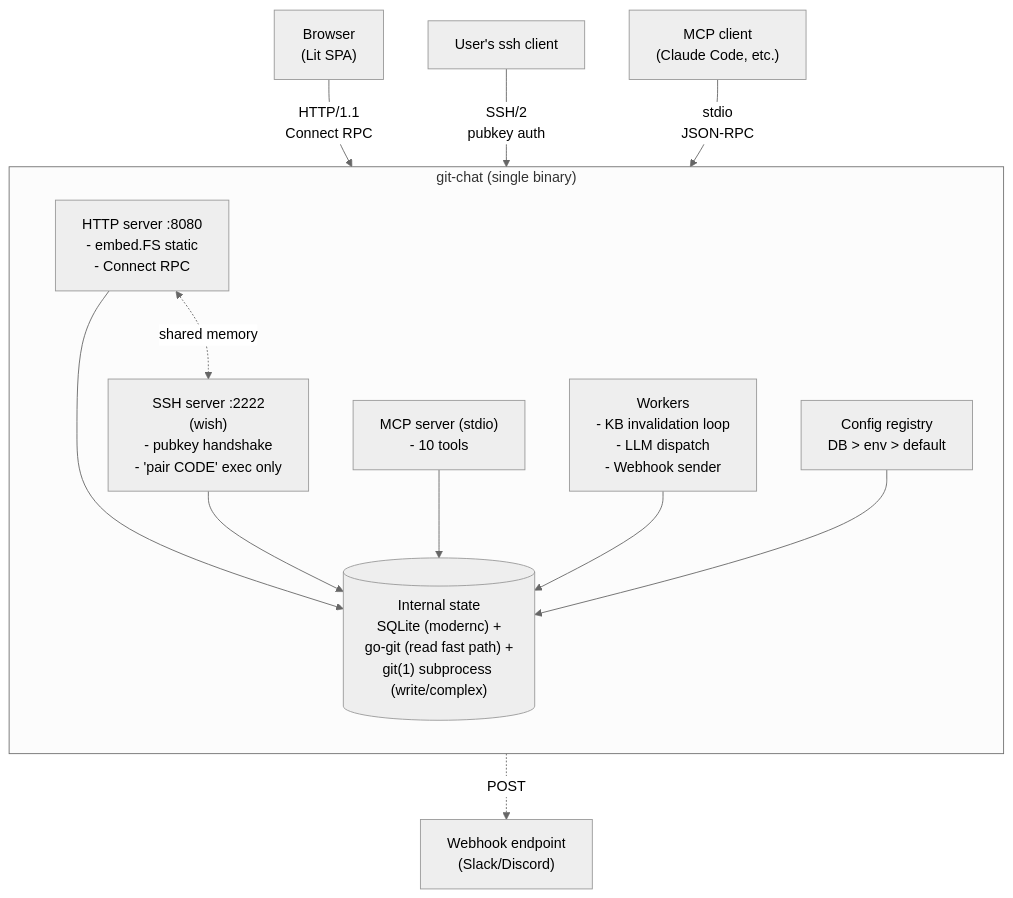
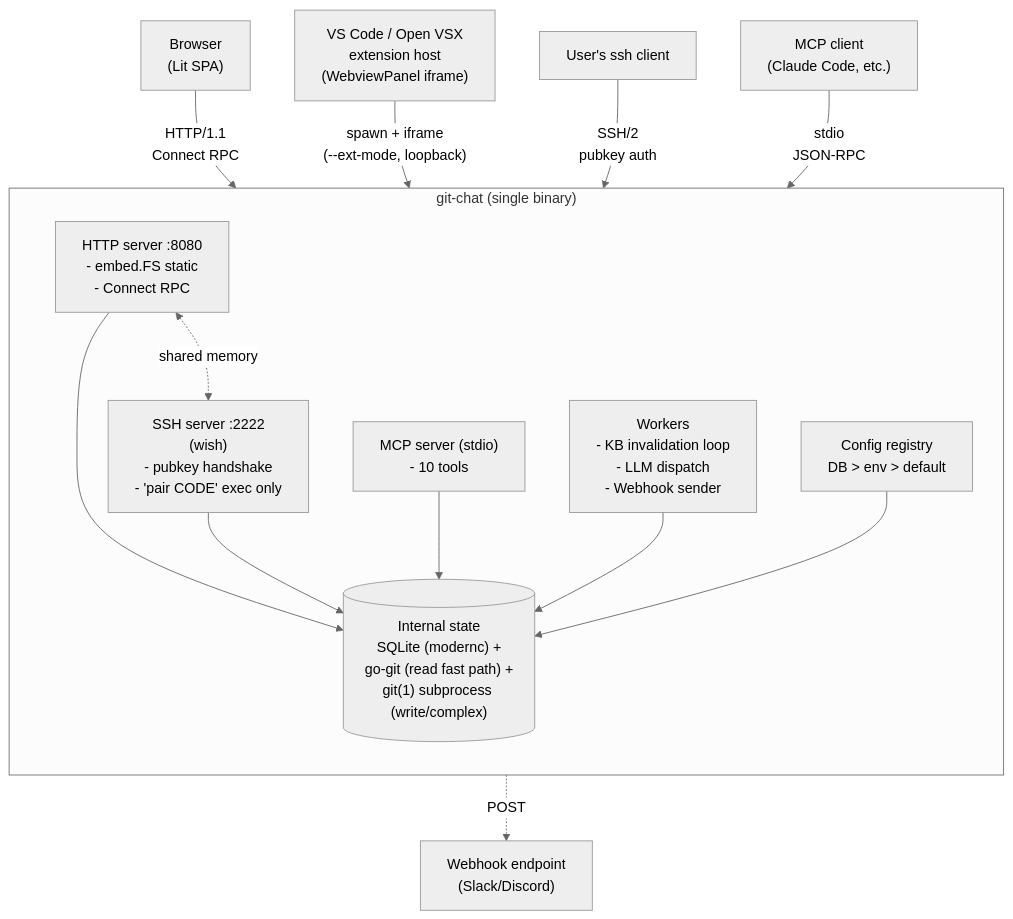
Before and after one commit to pders01/git-chat: the first of 2 diagrams in docs/ARCHITECTURE.md, drawn with Mermaid (neutral theme). The commit also changed other lines of this file and 15 other files, not shown here.

First line of the commit message:
feat(ext): scaffold VS Code / Open VSX extension

````diff
--- a/docs/ARCHITECTURE.md
+++ b/docs/ARCHITECTURE.md
@@ -77,30 +79,32 @@
 ```mermaid
 flowchart TB
     browser["Browser<br/>(Lit SPA)"]
+    vscode["VS Code / Open VSX<br/>extension host<br/>(WebviewPanel iframe)"]
     sshcli["User's ssh client"]
     mcpcli["MCP client<br/>(Claude Code, etc.)"]
     webhookdst["Webhook endpoint<br/>(Slack/Discord)"]
 
     subgraph binary["git-chat (single binary)"]
         direction TB
         http["HTTP server :8080<br/>- embed.FS static<br/>- Connect RPC"]
         ssh["SSH server :2222<br/>(wish)<br/>- pubkey handshake<br/>- 'pair CODE' exec only"]
         mcp["MCP server (stdio)<br/>- 10 tools"]
         workers["Workers<br/>- KB invalidation loop<br/>- LLM dispatch<br/>- Webhook sender"]
         config["Config registry<br/>DB > env > default"]
 
         state[("Internal state<br/>SQLite (modernc) +<br/>go-git (read fast path) +<br/>git(1) subprocess (write/complex)")]
 
         http --> state
         ssh --> state
         mcp --> state
         workers --> state
         config --> state
         http <-.shared memory.-> ssh
     end
 
     browser -- "HTTP/1.1<br/>Connect RPC" --> http
+    vscode -- "spawn + iframe<br/>(--ext-mode, loopback)" --> http
     sshcli -- "SSH/2<br/>pubkey auth" --> ssh
     mcpcli -- "stdio<br/>JSON-RPC" --> mcp
     workers -. "POST" .-> webhookdst
 ```
````
